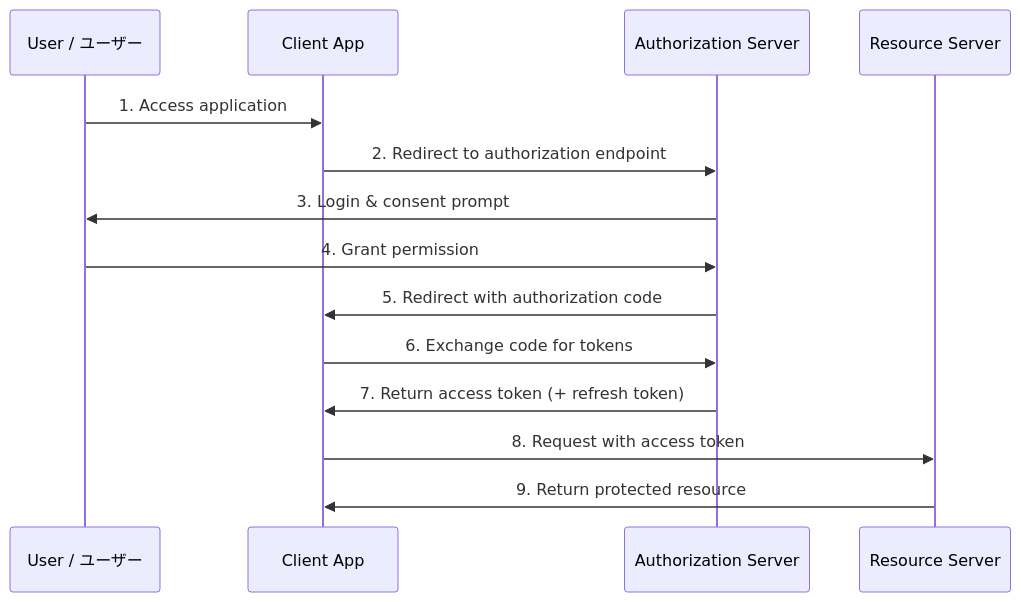
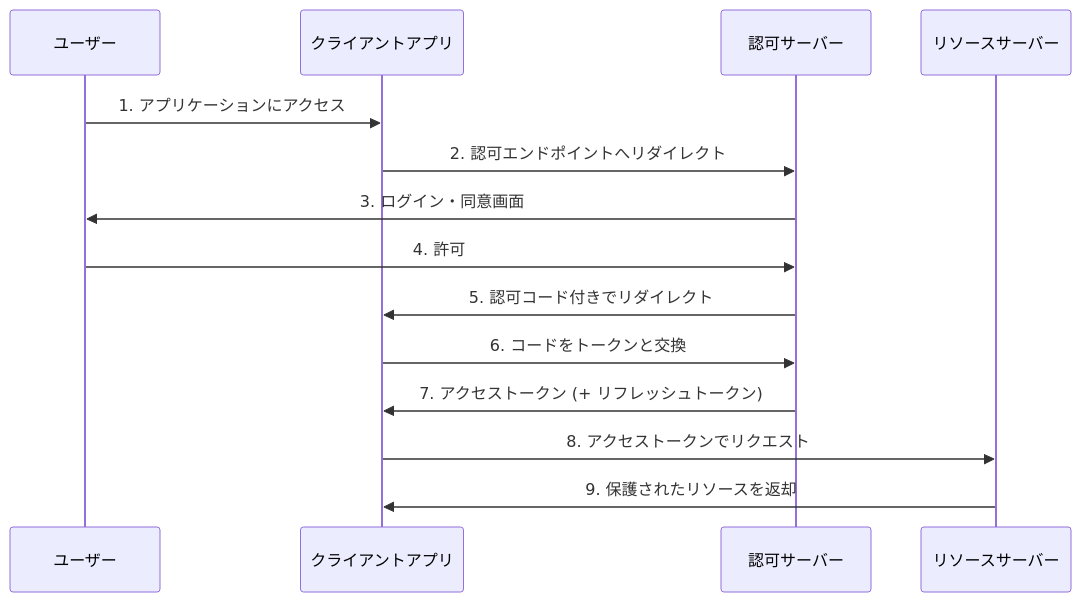
Before and after one commit to takukobachi/daedalus: the third of 4 diagrams in software/specifications/authentication-tokens-specification.md, drawn with Mermaid. The commit also changed other lines of this file and 1 other file, not shown here.

````diff
--- a/software/specifications/authentication-tokens-specification.md
+++ b/software/specifications/authentication-tokens-specification.md
@@ -218,17 +165,17 @@
 ```mermaid
 sequenceDiagram
-    participant User as User / ユーザー
-    participant Client as Client App
-    participant Auth as Authorization Server
-    participant Resource as Resource Server
+    participant User as ユーザー
+    participant Client as クライアントアプリ
+    participant Auth as 認可サーバー
+    participant Resource as リソースサーバー
 
-    User->>Client: 1. Access application
-    Client->>Auth: 2. Redirect to authorization endpoint
-    Auth->>User: 3. Login & consent prompt
-    User->>Auth: 4. Grant permission
-    Auth->>Client: 5. Redirect with authorization code
-    Client->>Auth: 6. Exchange code for tokens
-    Auth->>Client: 7. Return access token (+ refresh token)
-    Client->>Resource: 8. Request with access token
-    Resource->>Client: 9. Return protected resource
+    User->>Client: 1. アプリケーションにアクセス
+    Client->>Auth: 2. 認可エンドポイントへリダイレクト
+    Auth->>User: 3. ログイン・同意画面
+    User->>Auth: 4. 許可
+    Auth->>Client: 5. 認可コード付きでリダイレクト
+    Client->>Auth: 6. コードをトークンと交換
+    Auth->>Client: 7. アクセストークン (+ リフレッシュトークン)
+    Client->>Resource: 8. アクセストークンでリクエスト
+    Resource->>Client: 9. 保護されたリソースを返却
 ```
````
